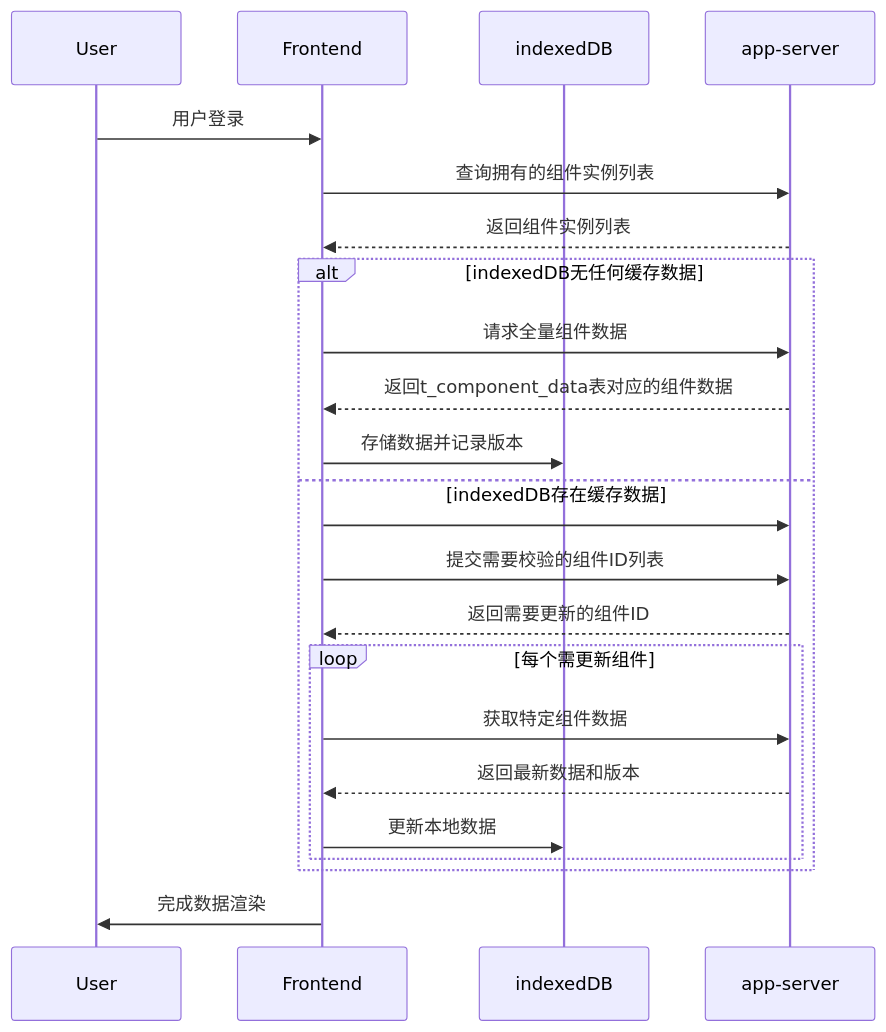
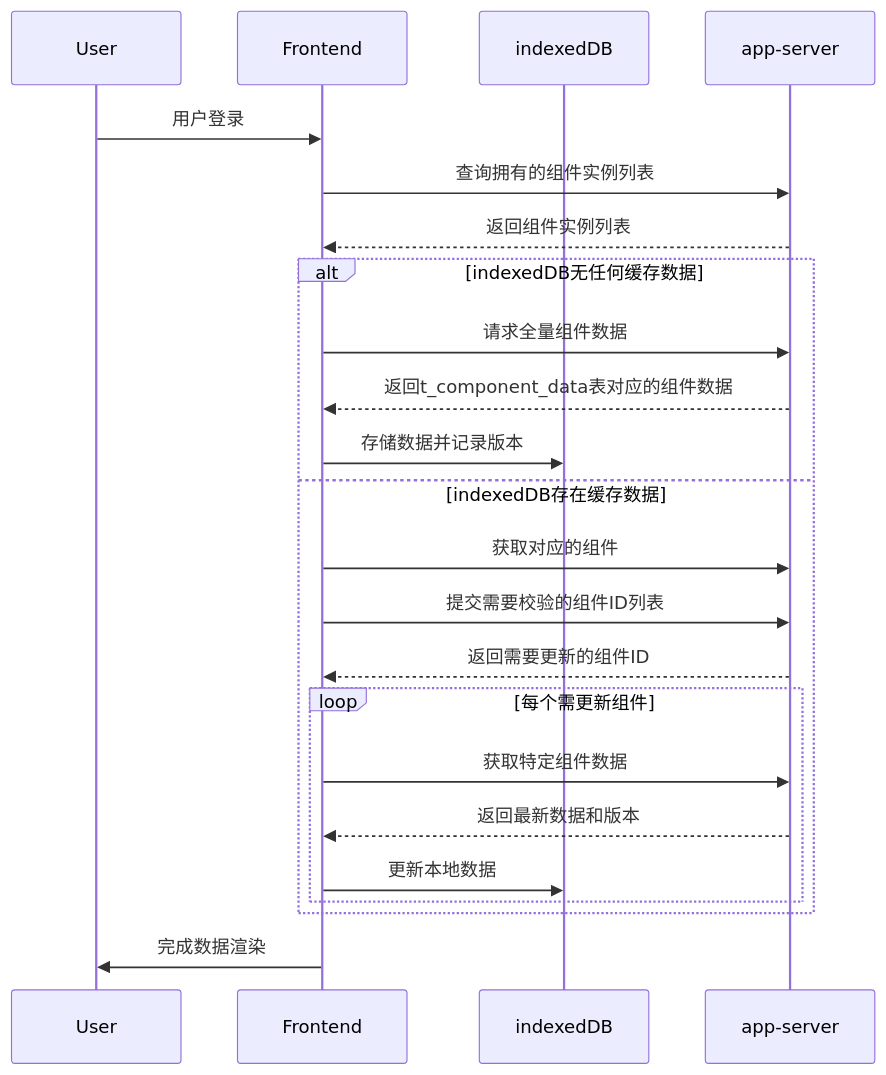
One commit to yingjianzh/iodraw-files changed the diagram in all/未命名-24.md. Above: the diagram before and after it, drawn with Mermaid.

Commit message:
2025-02-24 17:09:52 update

````diff
--- a/all/未命名-24.md
+++ b/all/未命名-24.md
@@ -1,27 +1,27 @@
 ```mermaid
 sequenceDiagram
     participant User
     participant Frontend
     participant indexedDB
     participant app-server
 
     User->>Frontend: 用户登录
     Frontend->>app-server: 查询拥有的组件实例列表
     app-server-->>Frontend: 返回组件实例列表
     
     alt indexedDB无任何缓存数据
         Frontend->>app-server: 请求全量组件数据
         app-server-->>Frontend: 返回t_component_data表对应的组件数据
         Frontend->>indexedDB: 存储数据并记录版本
     else indexedDB存在缓存数据
-        Frontend->>app-server: 
+        Frontend->>app-server: 获取对应的组件
         Frontend->>app-server: 提交需要校验的组件ID列表
         app-server-->>Frontend: 返回需要更新的组件ID
         loop 每个需更新组件
             Frontend->>app-server: 获取特定组件数据
             app-server-->>Frontend: 返回最新数据和版本
             Frontend->>indexedDB: 更新本地数据
         end
     end
     Frontend->>User: 完成数据渲染
 ```
````
